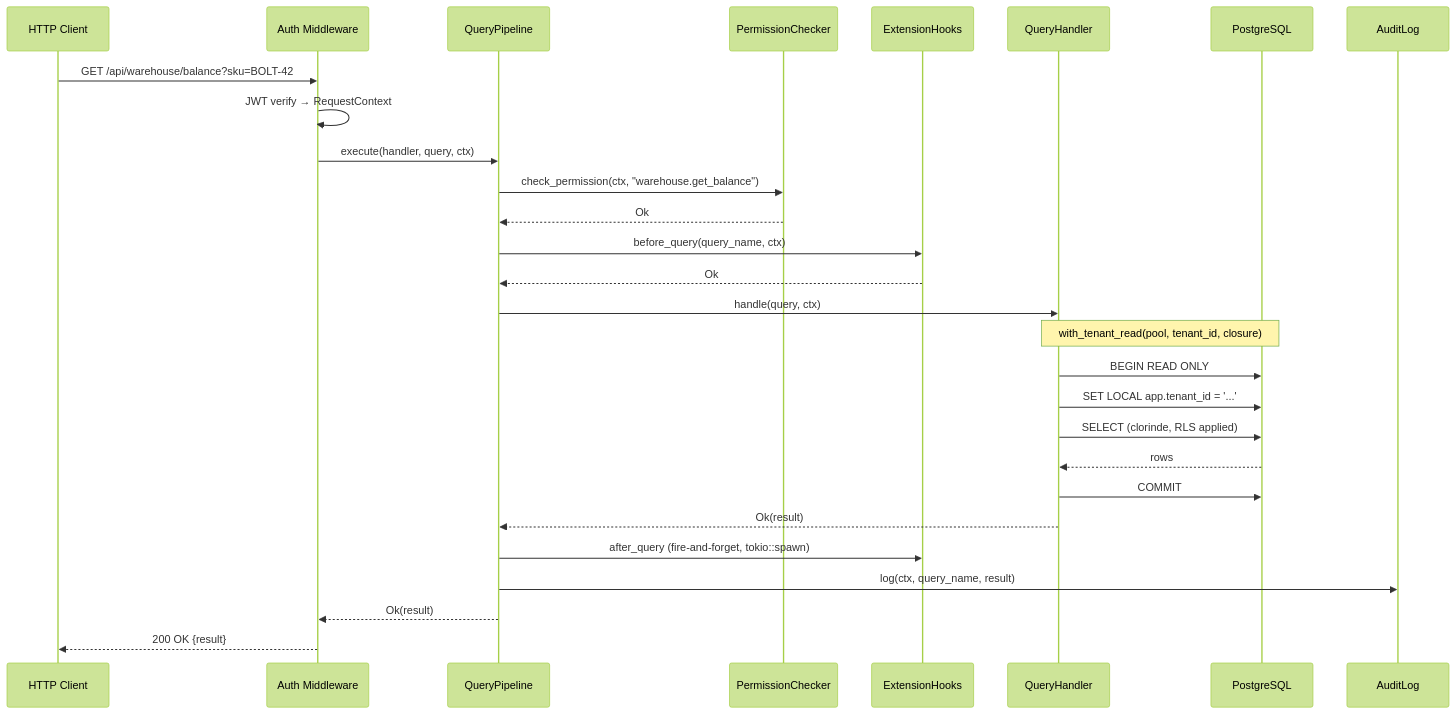
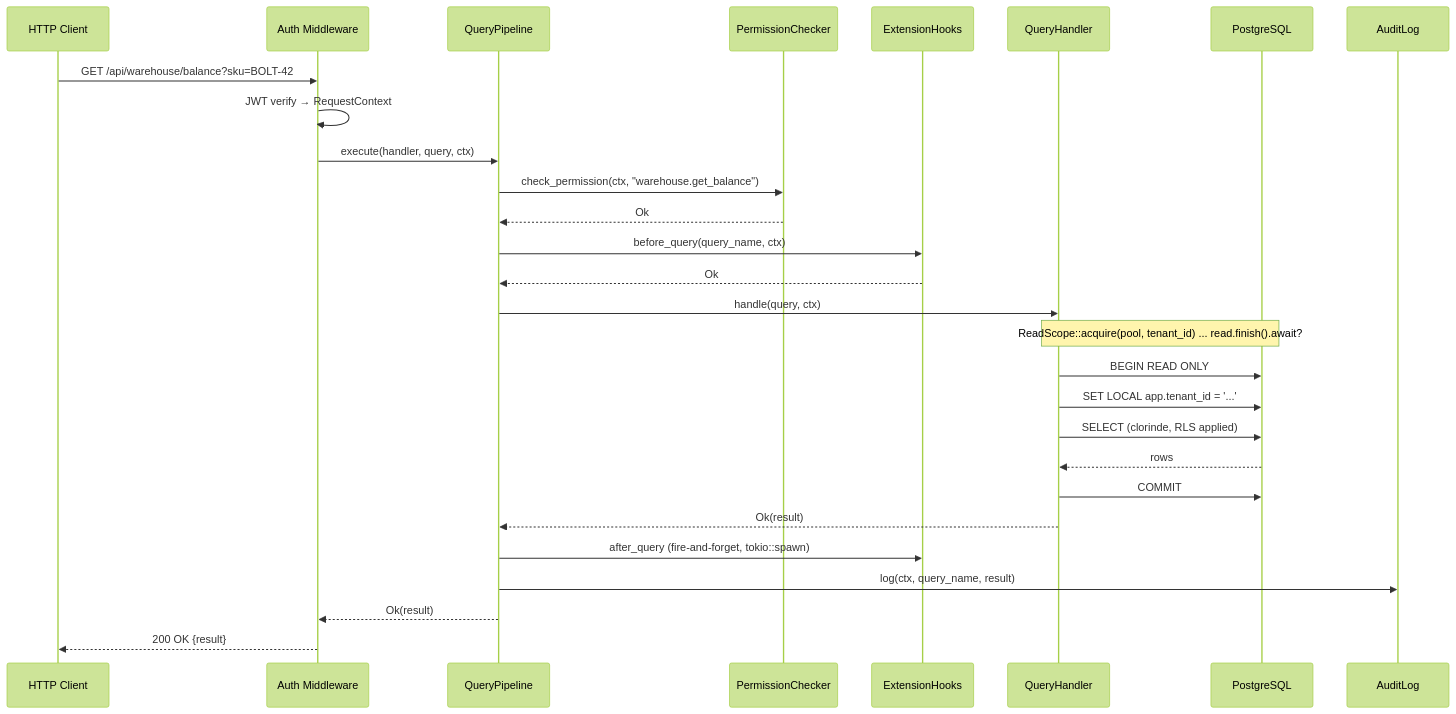
Before and after one commit to sashok74/erp: the fifth of 11 diagrams in docs/architecture.md, drawn with Mermaid (forest theme). The commit also changed other lines of this file and 13 other files, not shown here.

First line of the commit message:
Review follow-up: update architecture.md, sync tests, security docs

````diff
--- a/docs/architecture.md
+++ b/docs/architecture.md
@@ -223,37 +223,37 @@
 ```mermaid
 sequenceDiagram
     participant H as HTTP Client
     participant MW as Auth Middleware
     participant P as QueryPipeline
     participant PC as PermissionChecker
     participant EH as ExtensionHooks
     participant Handler as QueryHandler
     participant DB as PostgreSQL
     participant A as AuditLog
 
     H->>MW: GET /api/warehouse/balance?sku=BOLT-42
     MW->>MW: JWT verify → RequestContext
     MW->>P: execute(handler, query, ctx)
 
     P->>PC: check_permission(ctx, "warehouse.get_balance")
     PC-->>P: Ok
 
     P->>EH: before_query(query_name, ctx)
     EH-->>P: Ok
 
     P->>Handler: handle(query, ctx)
 
-    Note over Handler,DB: with_tenant_read(pool, tenant_id, closure)
+    Note over Handler,DB: ReadScope::acquire(pool, tenant_id) ... read.finish().await?
     Handler->>DB: BEGIN READ ONLY
     Handler->>DB: SET LOCAL app.tenant_id = '...'
     Handler->>DB: SELECT (clorinde, RLS applied)
     DB-->>Handler: rows
     Handler->>DB: COMMIT
     Handler-->>P: Ok(result)
 
     P->>EH: after_query (fire-and-forget, tokio::spawn)
     P->>A: log(ctx, query_name, result)
 
     P-->>MW: Ok(result)
     MW-->>H: 200 OK {result}
 ```
````
